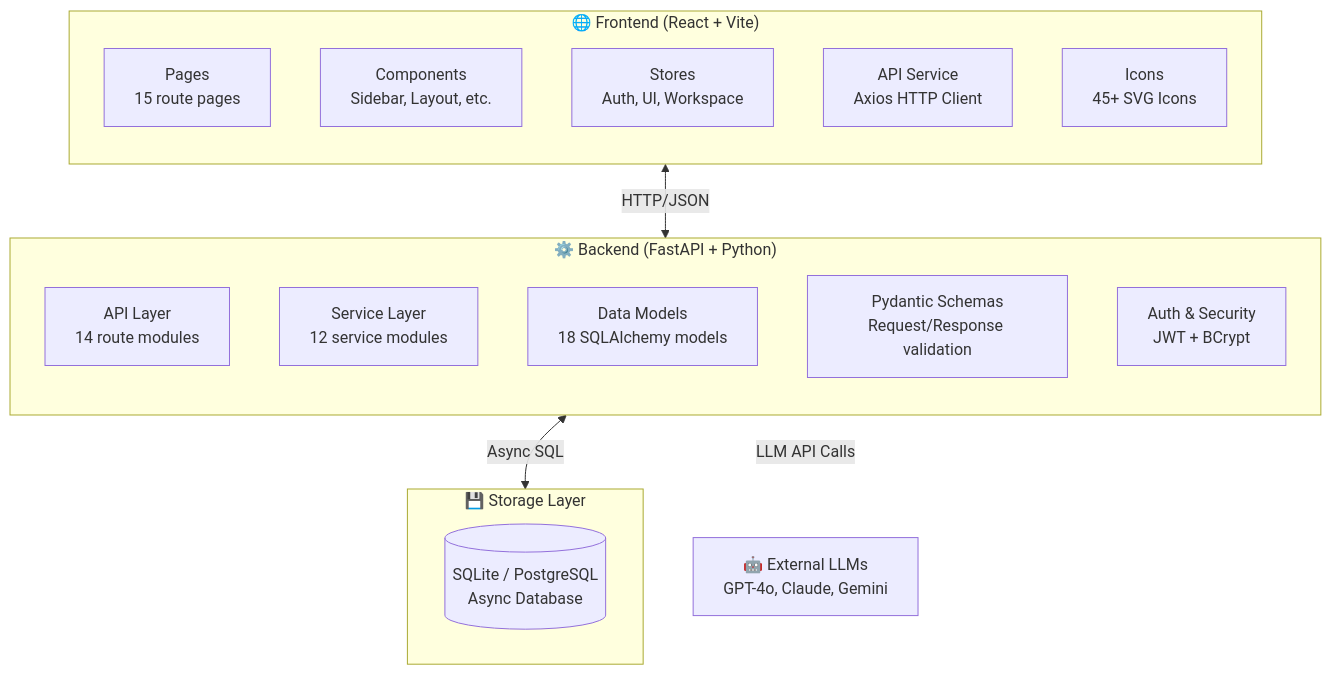
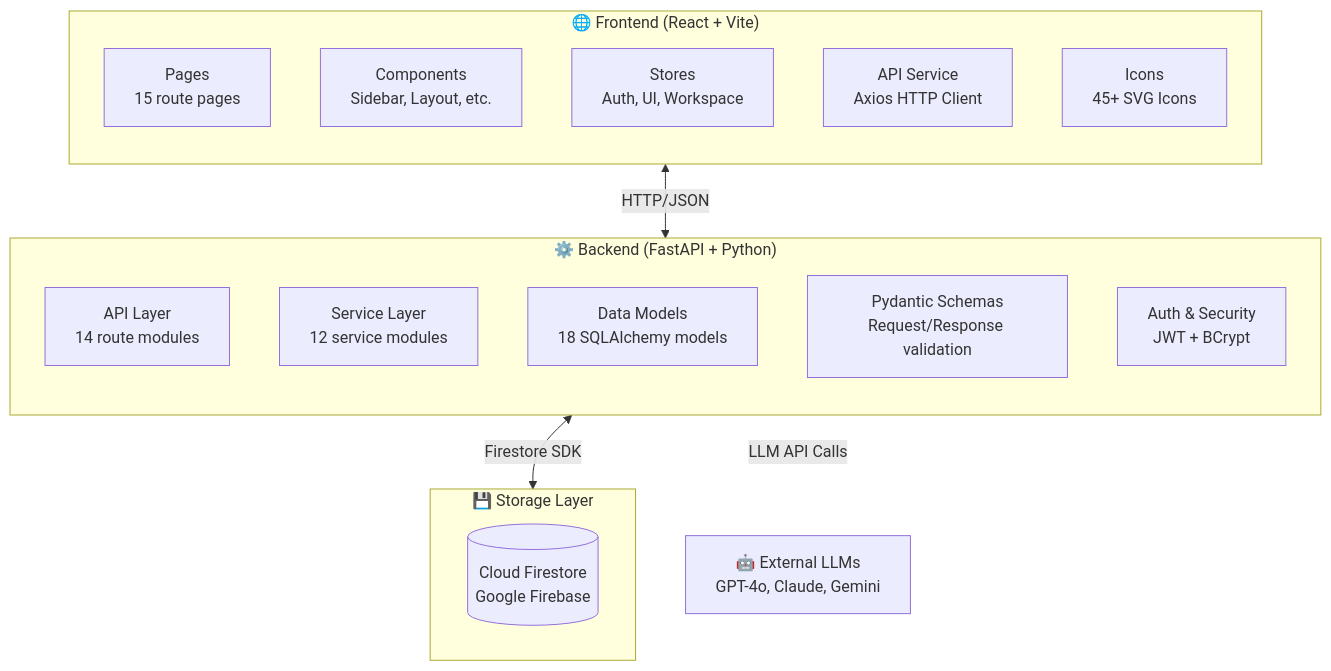
Before and after one commit to bunnysayzz/AgentOS: the first of 10 diagrams in ARCHITECTURE.md, drawn with Mermaid. The commit also changed other lines of this file, not shown here.

Commit message:
docs: purge old PostgreSQL/Aiven architecture from ARCHITECTURE.md

````diff
--- a/ARCHITECTURE.md
+++ b/ARCHITECTURE.md
@@ -29,28 +29,28 @@
 ```mermaid
 graph TB
     subgraph Client["🌐 Frontend (React + Vite)"]
         direction TB
         P[Pages<br/>15 route pages]
         C[Components<br/>Sidebar, Layout, etc.]
         S[Stores<br/>Auth, UI, Workspace]
         API[API Service<br/>Axios HTTP Client]
         IC[Icons<br/>45+ SVG Icons]
     end
 
     subgraph Server["⚙️ Backend (FastAPI + Python)"]
         direction TB
         R[API Layer<br/>14 route modules]
         SRV[Service Layer<br/>12 service modules]
         MDL[Data Models<br/>18 SQLAlchemy models]
         SCH[Pydantic Schemas<br/>Request/Response validation]
         AUTH[Auth & Security<br/>JWT + BCrypt]
     end
 
     subgraph Storage["💾 Storage Layer"]
-        DB[(SQLite / PostgreSQL<br/>Async Database)]
+        DB[(Cloud Firestore<br/>Google Firebase)]
     end
 
     Client <-->|HTTP/JSON| Server
-    Server <-->|Async SQL| Storage
+    Server <-->|Firestore SDK| Storage
     Server ~~~|LLM API Calls| LLM[🤖 External LLMs<br/>GPT-4o, Claude, Gemini]
 ```
````
